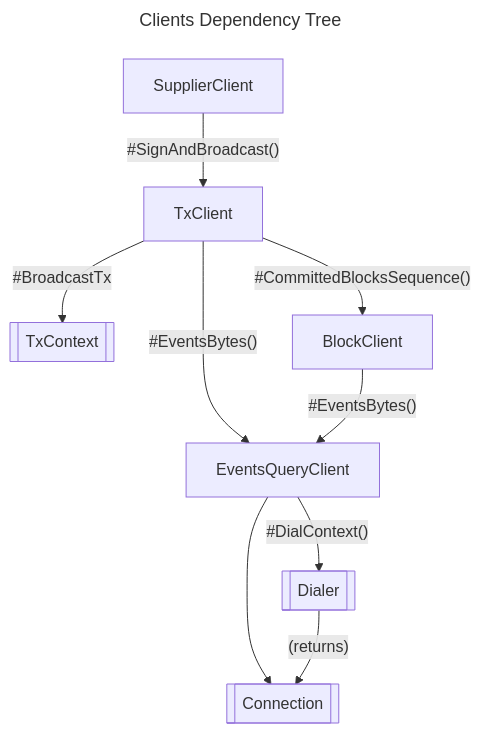
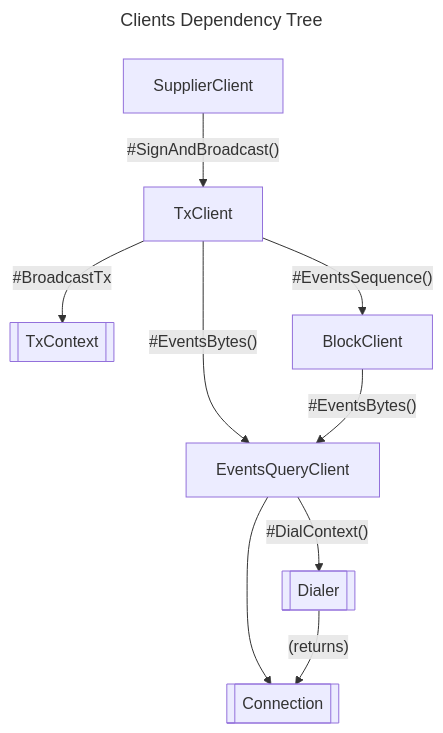
The second of 3 diagrams in docs/pkg/client/README.md (pokt-network/poktroll), drawn with Mermaid before and after one commit. The commit also changed 29 other files, not shown here.

````diff
--- a/docs/pkg/client/README.md
+++ b/docs/pkg/client/README.md
@@ -58,24 +58,24 @@
 ```mermaid
 ---
 title: Clients Dependency Tree
 ---
 flowchart
 
 sup[SupplierClient]
 tx[TxClient]
 txctx[[TxContext]]
 bl[BlockClient]
 evt[EventsQueryClient]
 conn[[Connection]]
 dial[[Dialer]]
 
 sup --"#SignAndBroadcast()"--> tx
 
-tx --"#CommittedBlocksSequence()"--> bl
+tx --"#EventsSequence()"--> bl
 tx --"#BroadcastTx"--> txctx
 tx --"#EventsBytes()"--> evt
 bl --"#EventsBytes()"--> evt
 evt --> conn
 evt --"#DialContext()"--> dial
 dial --"(returns)"--> conn
 ```
````
